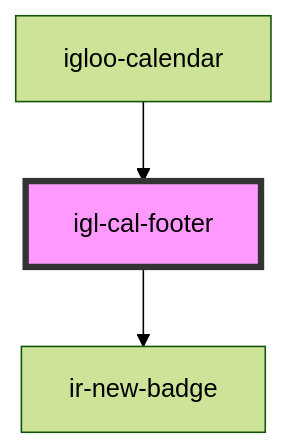
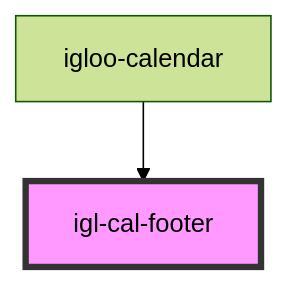
The diagram in src/components/igloo-calendar/igl-cal-footer/readme.md (RonyRizk/ir-webcmp), drawn with Mermaid (forest theme) before and after one commit. The commit also changed other lines of this file and 508 other files, not shown here.

````diff
--- a/src/components/igloo-calendar/igl-cal-footer/readme.md
+++ b/src/components/igloo-calendar/igl-cal-footer/readme.md
@@ -36,6 +32,5 @@
 ```mermaid
 graph TD;
-  igl-cal-footer --> ir-new-badge
   igloo-calendar --> igl-cal-footer
   style igl-cal-footer fill:#f9f,stroke:#333,stroke-width:4px
 ```
````
